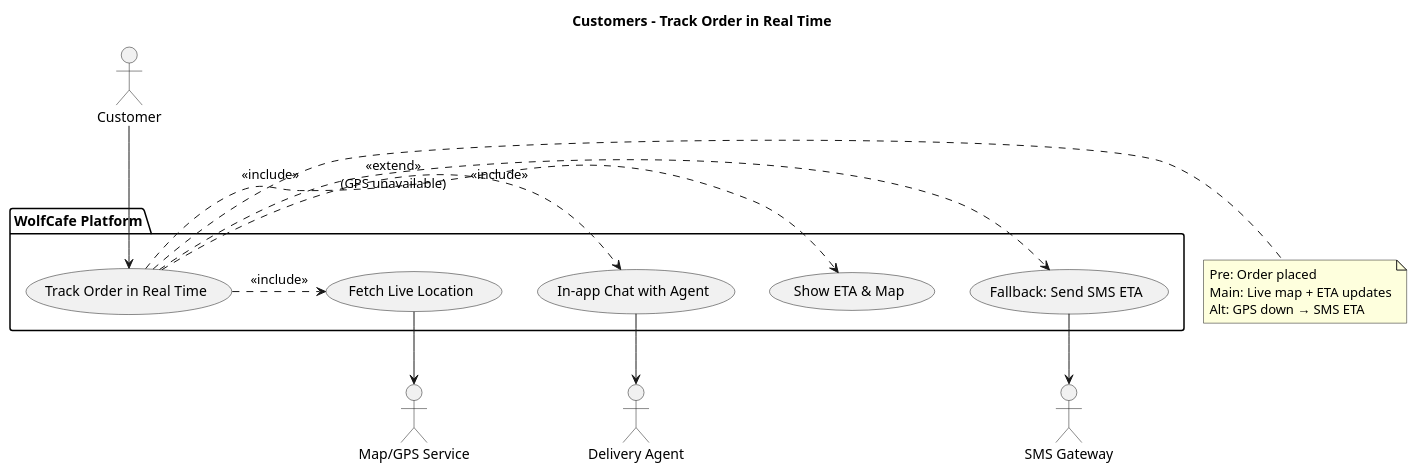
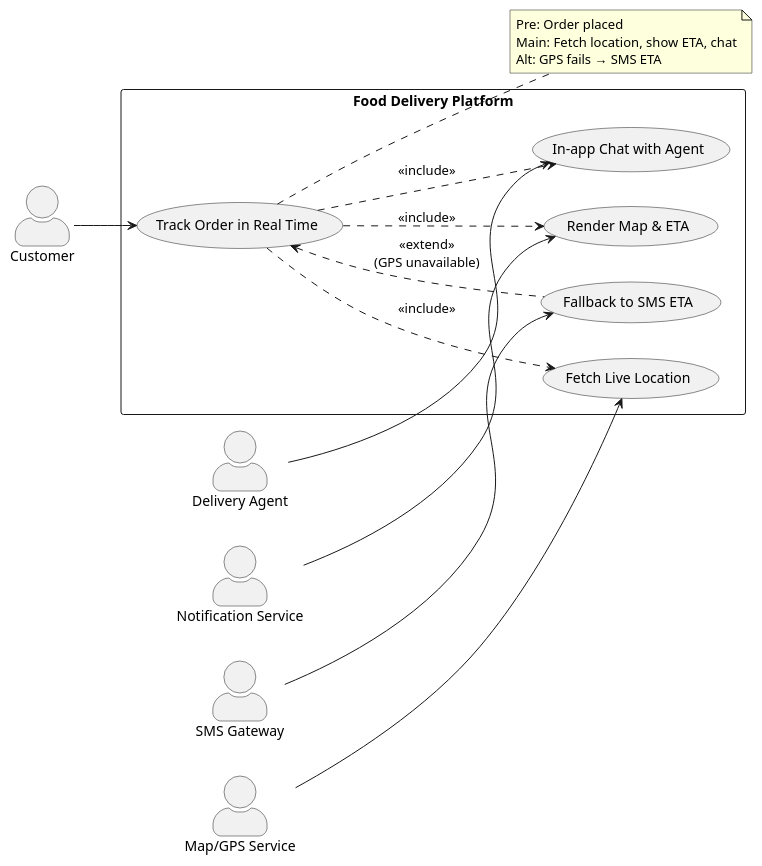
The diagram in proj1/code/uc1_b1_track_order_in_real_time.puml (shreyas457/SE_G25), drawn with PlantUML before and after one commit.

```diff
--- a/proj1/code/uc1_b1_track_order_in_real_time.puml
+++ b/proj1/code/uc1_b1_track_order_in_real_time.puml
@@ -1,32 +1,38 @@
 @startuml
-title Customers – Track Order in Real Time
+left to right direction
+skinparam actorStyle awesome
+skinparam packageStyle rectangle
 
-actor Customer
-actor "Delivery Agent" as Courier
+actor Customer as C
+actor "Delivery Agent" as DA
 actor "Map/GPS Service" as GPS
+actor "Notification Service" as NS
 actor "SMS Gateway" as SMS
 
-package "WolfCafe Platform" {
-  usecase "Track Order in Real Time" as U1
-  usecase "Fetch Live Location" as U1a
-  usecase "Show ETA & Map" as U1b
-  usecase "In-app Chat with Agent" as U1c
-  usecase "Fallback: Send SMS ETA" as U1d
+rectangle "Food Delivery Platform" as FDP {
+  usecase "Track Order in Real Time" as U0
+  usecase "Fetch Live Location" as U1
+  usecase "Render Map & ETA" as U2
+  usecase "In-app Chat with Agent" as U3
+
+  ' Alternative flow
+  usecase "Fallback to SMS ETA" as A1
 }
 
-Customer --> U1
-U1 .> U1a : <<include>>
-U1 .> U1b : <<include>>
-U1 .> U1c : <<include>>
-U1 .> U1d : <<extend>>\n(GPS unavailable)
+C --> U0
+U0 ..> U1 : <<include>>
+U0 ..> U2 : <<include>>
+U0 ..> U3 : <<include>>
+U0 <.. A1 : <<extend>>\n(GPS unavailable)
 
-U1a --> GPS
-U1c --> Courier
-U1d --> SMS
+GPS --> U1
+DA  --> U3
+NS  --> U2
+SMS --> A1
 
-note right of U1
+note right of U0
 Pre: Order placed
-Main: Live map + ETA updates
-Alt: GPS down → SMS ETA
+Main: Fetch location, show ETA, chat
+Alt: GPS fails → SMS ETA
 end note
 @enduml
```
